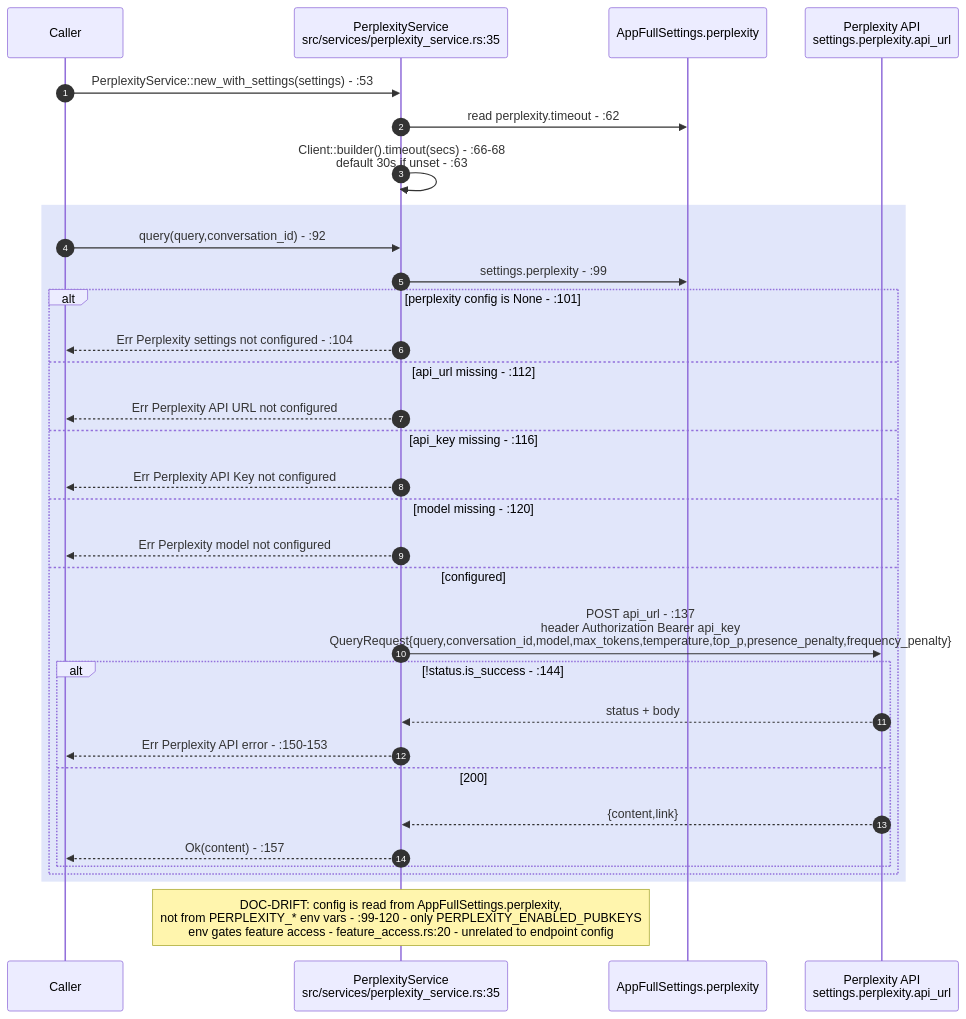
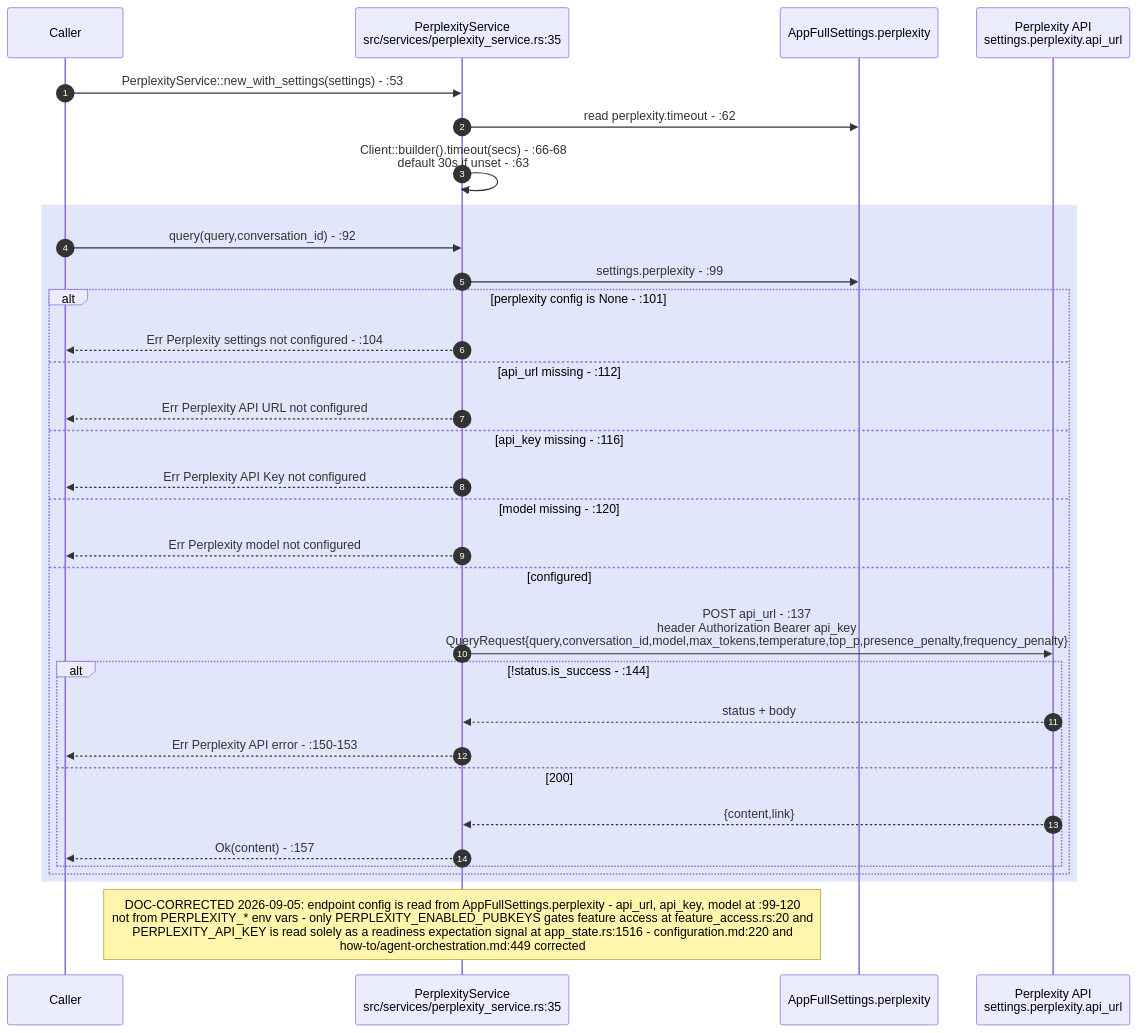
One commit to DreamLab-AI/AR-AI-Knowledge-Graph changed the third of 9 diagrams in docs/diagrams/visionclaw/28-external-services.md. Above: the diagram before and after it, drawn with Mermaid. The commit also changed other lines of this file and 172 other files, not shown here.

````diff
--- a/docs/diagrams/visionclaw/28-external-services.md
+++ b/docs/diagrams/visionclaw/28-external-services.md
@@ -118,36 +126,36 @@
 ```mermaid
 sequenceDiagram
     autonumber
     participant Caller
     participant PS as PerplexityService<br/>src/services/perplexity_service.rs:35
     participant SET as AppFullSettings.perplexity
     participant PX as Perplexity API<br/>settings.perplexity.api_url
 
     Caller->>PS: PerplexityService::new_with_settings(settings) - :53
     PS->>SET: read perplexity.timeout - :62
     PS->>PS: Client::builder().timeout(secs) - :66-68<br/>default 30s if unset - :63
 
     rect rgb(225,230,250)
     Caller->>PS: query(query,conversation_id) - :92
     PS->>SET: settings.perplexity - :99
     alt perplexity config is None - :101
         PS-->>Caller: Err Perplexity settings not configured - :104
     else api_url missing - :112
         PS-->>Caller: Err Perplexity API URL not configured
     else api_key missing - :116
         PS-->>Caller: Err Perplexity API Key not configured
     else model missing - :120
         PS-->>Caller: Err Perplexity model not configured
     else configured
         PS->>PX: POST api_url - :137<br/>header Authorization Bearer api_key<br/>QueryRequest{query,conversation_id,model,max_tokens,temperature,top_p,presence_penalty,frequency_penalty}
         alt !status.is_success - :144
             PX-->>PS: status + body
             PS-->>Caller: Err Perplexity API error - :150-153
         else 200
             PX-->>PS: {content,link}
             PS-->>Caller: Ok(content) - :157
         end
     end
     end
-    Note over PS: DOC-DRIFT: config is read from AppFullSettings.perplexity,<br/>not from PERPLEXITY_* env vars - :99-120 - only PERPLEXITY_ENABLED_PUBKEYS<br/>env gates feature access - feature_access.rs:20 - unrelated to endpoint config
+    Note over PS: DOC-CORRECTED 2026-09-05: endpoint config is read from AppFullSettings.perplexity - api_url, api_key, model at :99-120<br/>not from PERPLEXITY_* env vars - only PERPLEXITY_ENABLED_PUBKEYS gates feature access at feature_access.rs:20 and<br/>PERPLEXITY_API_KEY is read solely as a readiness expectation signal at app_state.rs:1516 - configuration.md:220 and<br/>how-to/agent-orchestration.md:449 corrected
 ```
````
